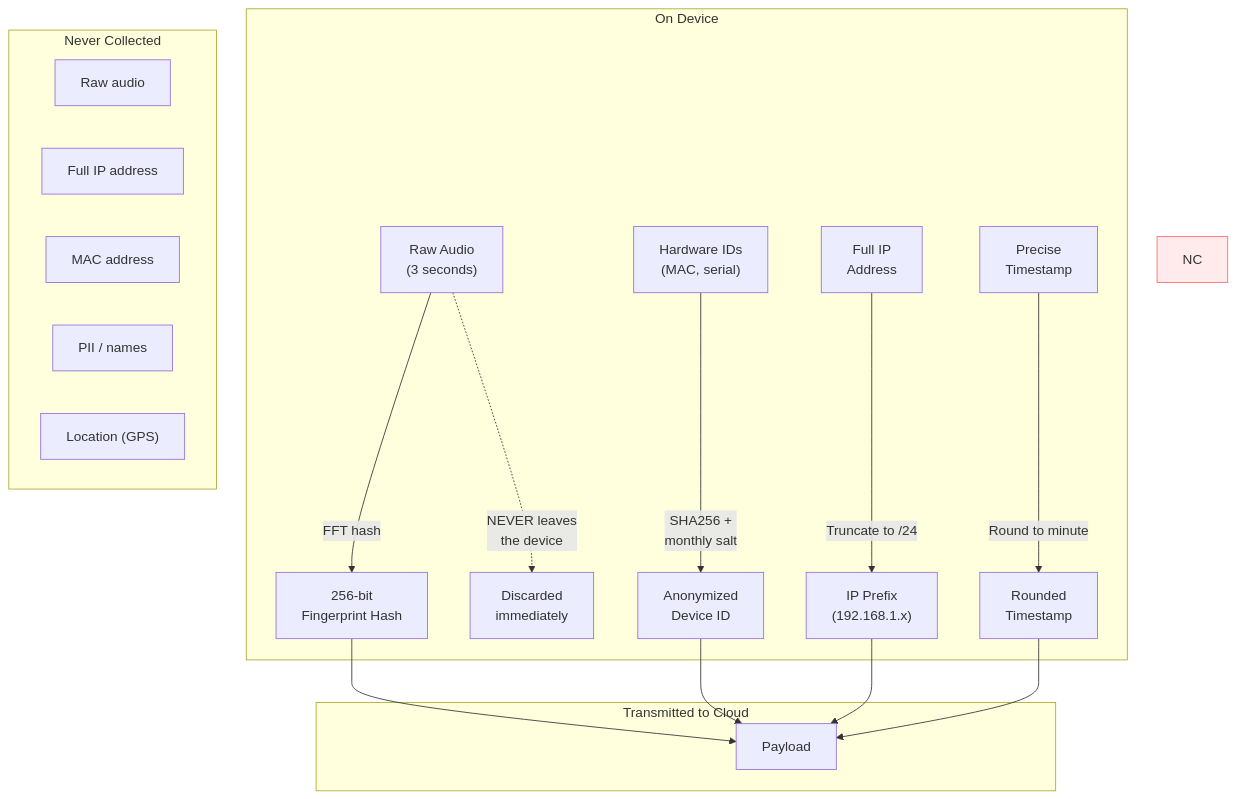
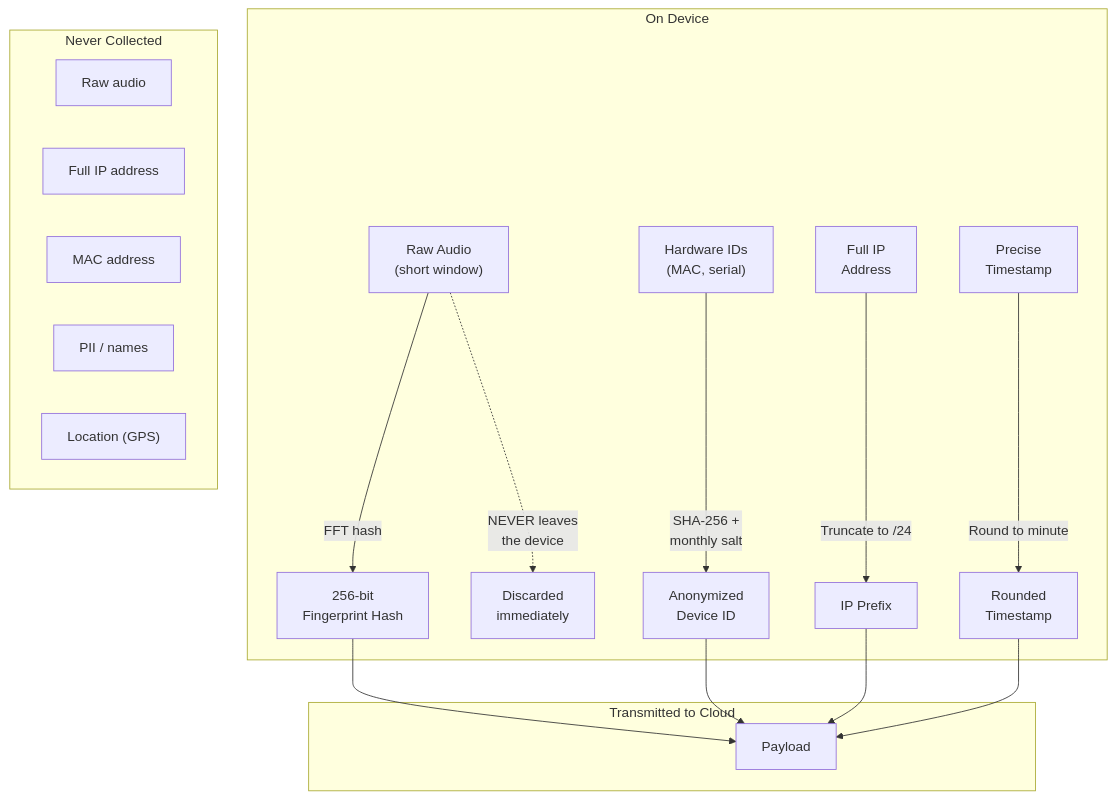
Before and after one commit to ksmettela/Synora: the sixth of 12 diagrams in PRODUCT_BLOG.md, drawn with Mermaid. The commit also changed other lines of this file and 27 other files, not shown here.

````diff
--- a/PRODUCT_BLOG.md
+++ b/PRODUCT_BLOG.md
@@ -379,26 +381,25 @@
 ```mermaid
 graph TB
     subgraph "On Device"
-        RAW["Raw Audio<br/>(3 seconds)"] -->|FFT hash| FP["256-bit<br/>Fingerprint Hash"]
+        RAW["Raw Audio<br/>(short window)"] -->|FFT hash| FP["256-bit<br/>Fingerprint Hash"]
         RAW -.->|"NEVER leaves<br/>the device"| X1["Discarded<br/>immediately"]
-        HW["Hardware IDs<br/>(MAC, serial)"] -->|"SHA256 +<br/>monthly salt"| ANON["Anonymized<br/>Device ID"]
-        IP["Full IP<br/>Address"] -->|"Truncate to /24"| PFX["IP Prefix<br/>(192.168.1.x)"]
+        HW["Hardware IDs<br/>(MAC, serial)"] -->|"SHA-256 +<br/>monthly salt"| ANON["Anonymized<br/>Device ID"]
+        IP["Full IP<br/>Address"] -->|"Truncate to /24"| PFX["IP Prefix"]
         TS["Precise<br/>Timestamp"] -->|"Round to minute"| RTS["Rounded<br/>Timestamp"]
     end
 
     subgraph "Transmitted to Cloud"
         FP --> PAYLOAD["Payload"]
         ANON --> PAYLOAD
         PFX --> PAYLOAD
         RTS --> PAYLOAD
     end
 
     subgraph "Never Collected"
-        style NC fill:#ff6b6b22,stroke:#ff6b6b
         NC1["Raw audio"]
         NC2["Full IP address"]
         NC3["MAC address"]
         NC4["PII / names"]
         NC5["Location (GPS)"]
     end
 ```
````
